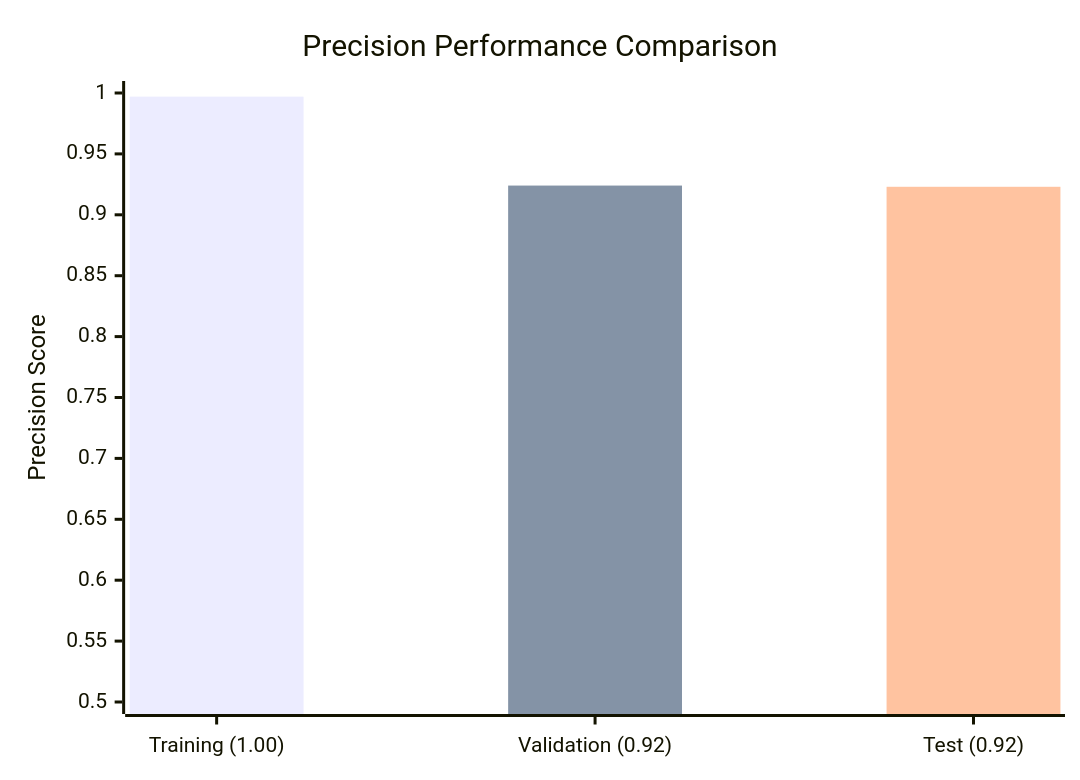
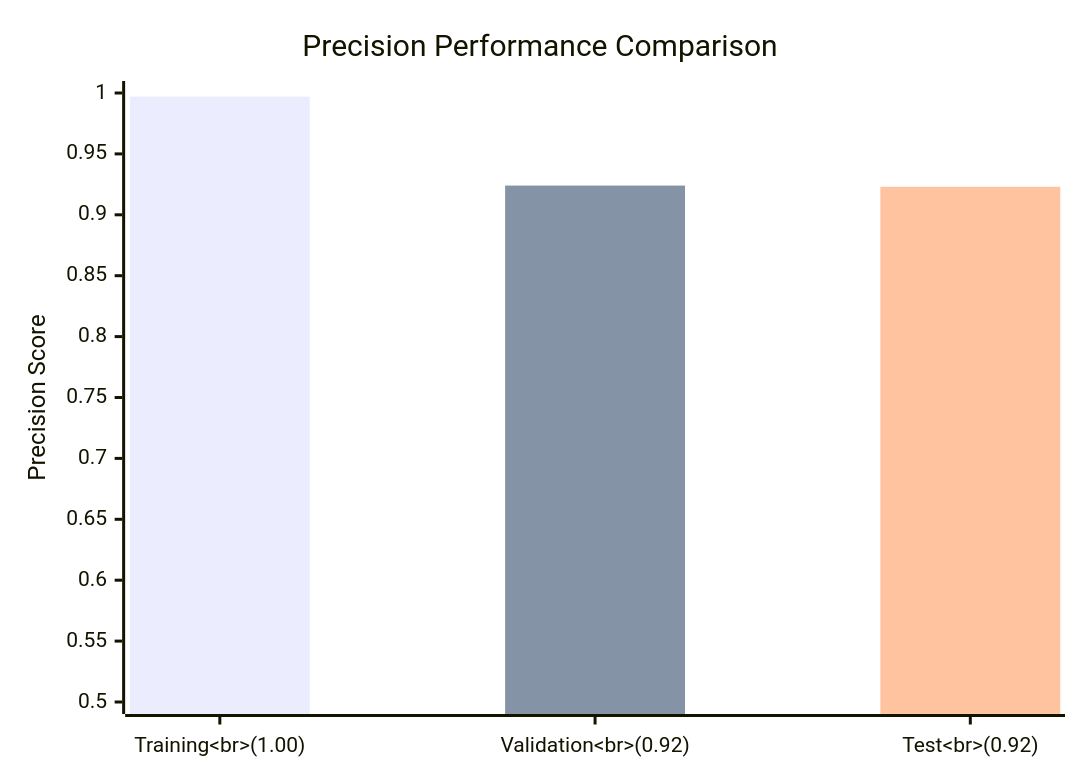
One commit to Daniel-Lachner-Piza/EEG_Characterizer_HFO changed the third of 5 diagrams in README.md. Above: the diagram before and after it, drawn with Mermaid. The commit also changed other lines of this file, not shown here.

````diff
--- a/README.md
+++ b/README.md
@@ -64,9 +64,9 @@
 ```mermaid
 xychart-beta
     title "Precision Performance Comparison"
-    x-axis ["Training (1.00)", "Validation (0.92)", "Test (0.92)"]
+    x-axis ["Training<br>(1.00)", "Validation<br>(0.92)", "Test<br>(0.92)"]
     y-axis "Precision Score" 0.5 --> 1.0
     bar "Training (1.00)" [0.997, 0, 0]
     bar "Validation (0.92)" [0, 0.924, 0]
     bar "Test (0.92)" [0, 0, 0.923]
 ```
````
